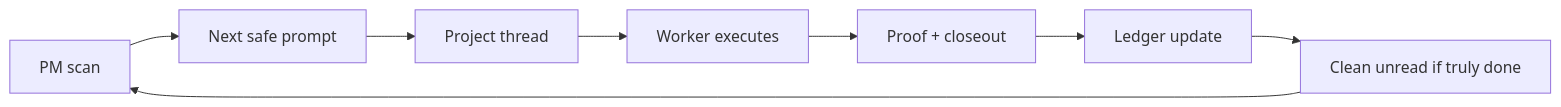
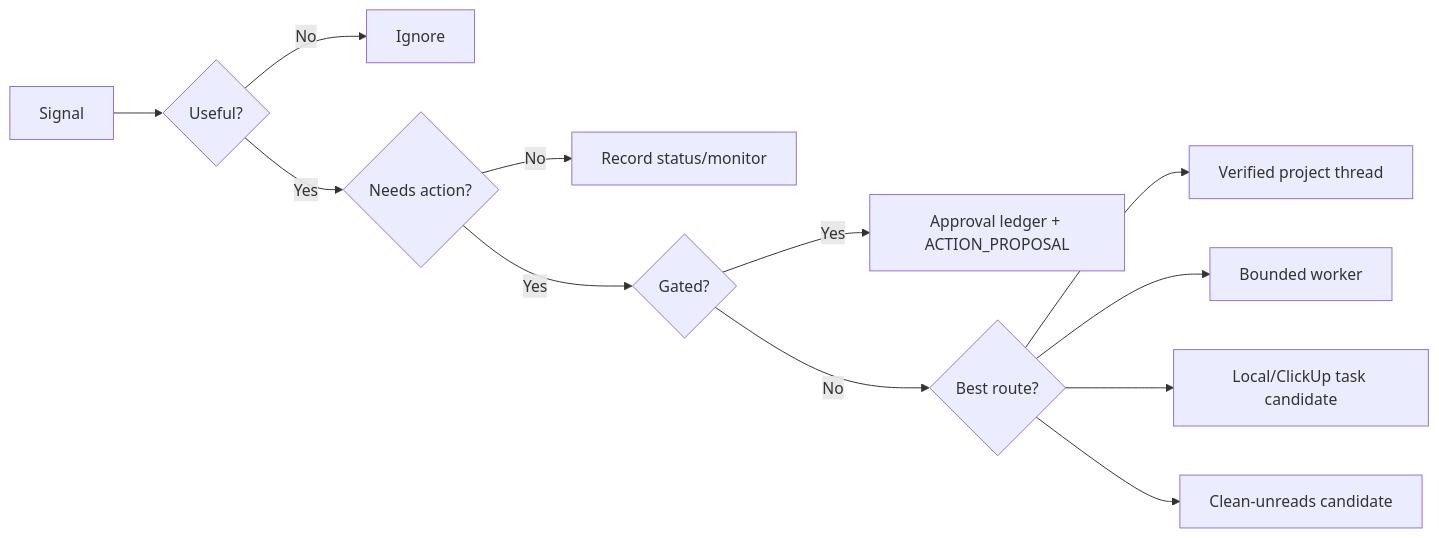
Before and after one commit to Splintered-Glass-Solutions/SGS_skills: the second of 6 diagrams in docs/pm-systems/operations-loop.md, drawn with Mermaid. The commit also changed other lines of this file and 17 other files, not shown here.

Commit message:
docs: refresh PM system architecture

````diff
--- a/docs/pm-systems/operations-loop.md
+++ b/docs/pm-systems/operations-loop.md
@@ -28,10 +47,14 @@
 ```mermaid
 flowchart LR
-  PMScan["PM scan"] --> Prompt["Next safe prompt"]
-  Prompt --> ProjectThread["Project thread"]
-  ProjectThread --> Work["Worker executes"]
-  Work --> Proof["Proof + closeout"]
-  Proof --> Ledger["Ledger update"]
-  Ledger --> Clean["Clean unread if truly done"]
-  Clean --> PMScan
+  Signal["Signal"] --> Useful{"Useful?"}
+  Useful -->|"No"| Ignore["Ignore"]
+  Useful -->|"Yes"| Risk{"Needs action?"}
+  Risk -->|"No"| Status["Record status/monitor"]
+  Risk -->|"Yes"| Gate{"Gated?"}
+  Gate -->|"Yes"| Proposal["Approval ledger + ACTION_PROPOSAL"]
+  Gate -->|"No"| Route{"Best route?"}
+  Route --> Thread["Verified project thread"]
+  Route --> Worker["Bounded worker"]
+  Route --> LocalTask["Local/ClickUp task candidate"]
+  Route --> Clean["Clean-unreads candidate"]
 ```
````
